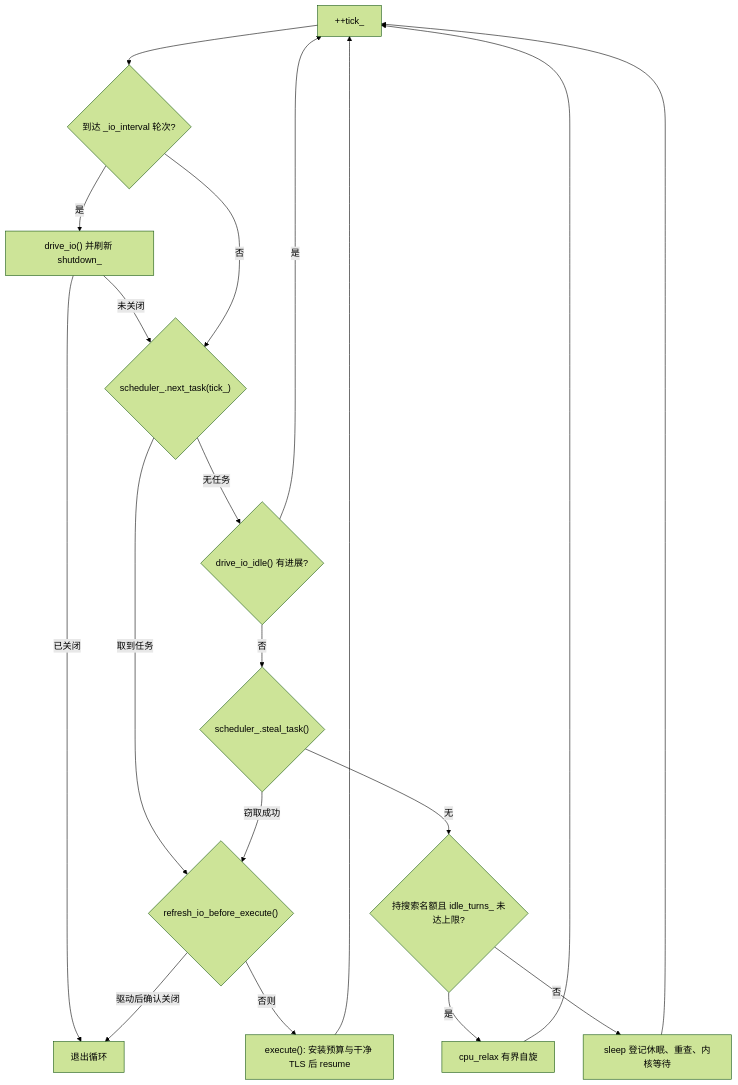
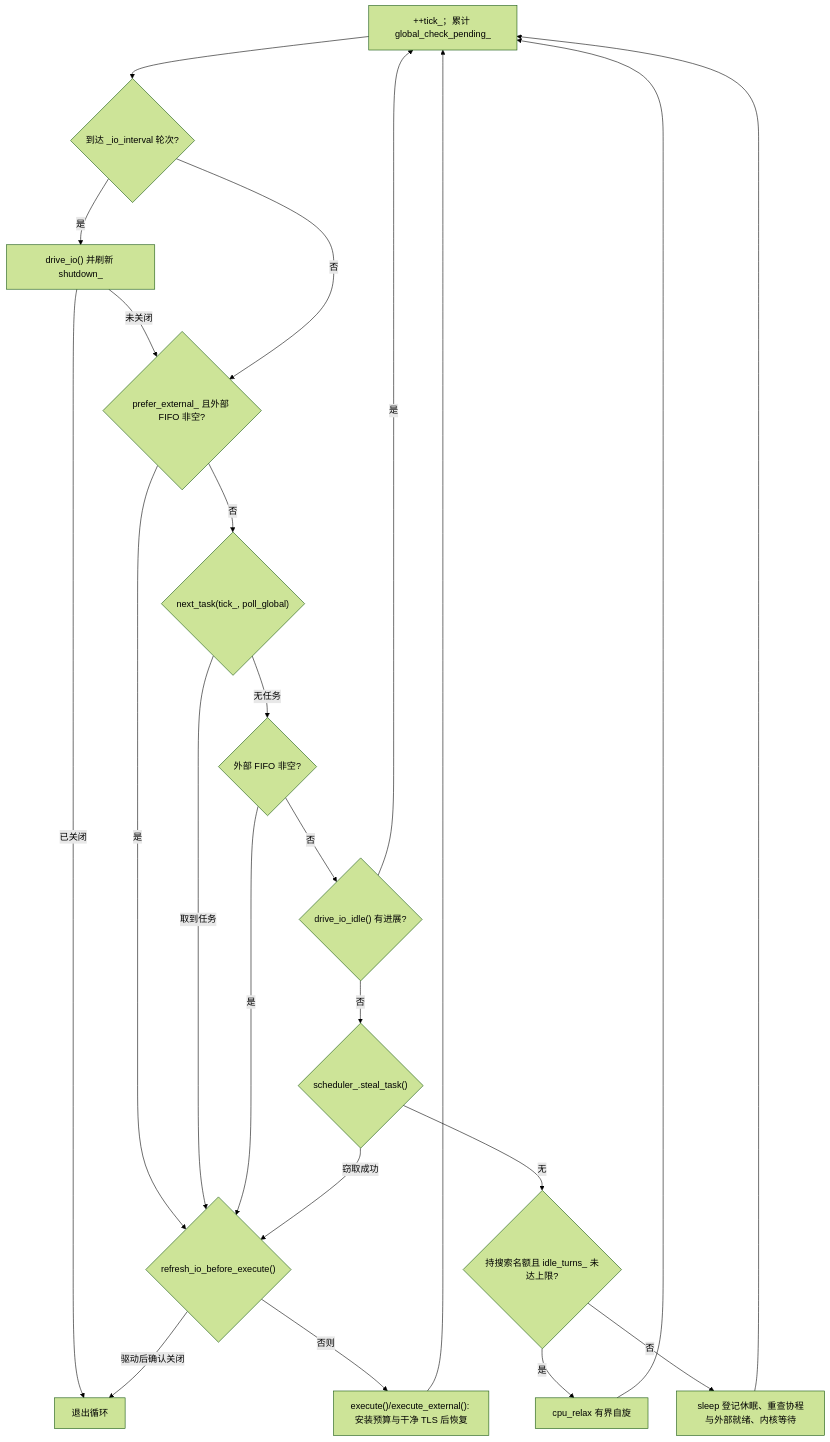
Before and after one commit to superlxh02/faio: the first of 4 diagrams in docs/异步运行时.md, drawn with Mermaid (forest theme). The commit also changed other lines of this file and 151 other files, not shown here.

````diff
--- a/docs/异步运行时.md
+++ b/docs/异步运行时.md
@@ -393,21 +433,25 @@
 ```mermaid
 flowchart TD
-    A["++tick_"] --> B{到达 _io_interval 轮次?}
+    A["++tick_；累计 global_check_pending_"] --> B{到达 _io_interval 轮次?}
     B -->|是| C["drive_io() 并刷新 shutdown_"]
     C -->|已关闭| Z["退出循环"]
-    C -->|未关闭| D
-    B -->|否| D{"scheduler_.next_task(tick_)"}
-    D -->|取到任务| E{"refresh_io_before_execute()"}
+    C -->|未关闭| X
+    B -->|否| X{"prefer_external_ 且外部 FIFO 非空?"}
+    X -->|是| E{"refresh_io_before_execute()"}
+    X -->|否| D{"next_task(tick_, poll_global)"}
+    D -->|取到任务| E
     E -->|驱动后确认关闭| Z
-    E -->|否则| F["execute(): 安装预算与干净 TLS 后 resume"]
+    E -->|否则| F["execute()/execute_external(): 安装预算与干净 TLS 后恢复"]
     F --> A
-    D -->|无任务| G{"drive_io_idle() 有进展?"}
+    D -->|无任务| Y{"外部 FIFO 非空?"}
+    Y -->|是| E
+    Y -->|否| G{"drive_io_idle() 有进展?"}
     G -->|是| A
     G -->|否| H{"scheduler_.steal_task()"}
     H -->|窃取成功| E
     H -->|无| I{"持搜索名额且 idle_turns_ 未达上限?"}
     I -->|是| J["cpu_relax 有界自旋"]
     J --> A
-    I -->|否| K["sleep 登记休眠、重查、内核等待"]
+    I -->|否| K["sleep 登记休眠、重查协程与外部就绪、内核等待"]
     K --> A
 ```
````
